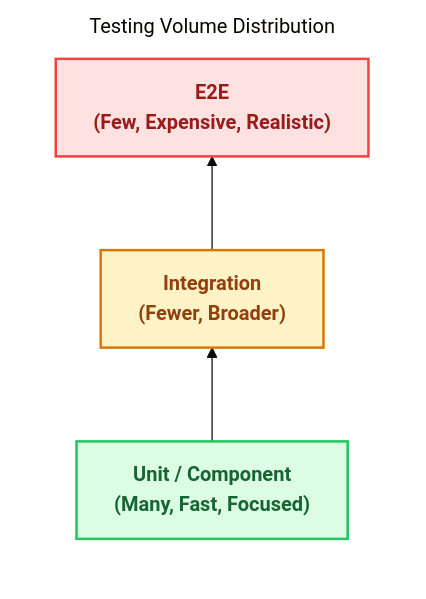
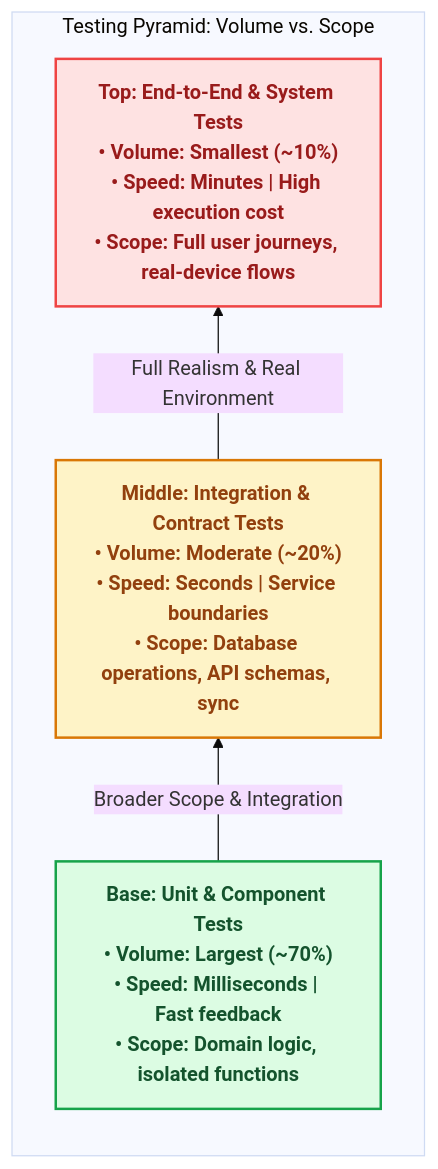
Before and after one commit to davidalbertstark-lab/Lenar: the third of 5 diagrams in docs/architecture/12-Testing-Quality.md, drawn with Mermaid (base theme). The commit also changed other lines of this file and 28 other files, not shown here.

Commit message:
docs: system-wide diagram redesign for first-instance comprehension

````diff
--- a/docs/architecture/12-Testing-Quality.md
+++ b/docs/architecture/12-Testing-Quality.md
@@ -90,22 +111,19 @@
 ```mermaid
 flowchart BT
-    classDef e2e fill:#fee2e2,stroke:#ef4444,stroke-width:2px,color:#991b1b,font-weight:bold
-    classDef integ fill:#fef3c7,stroke:#d97706,stroke-width:2px,color:#92400e,font-weight:bold
-    classDef unit fill:#dcfce3,stroke:#22c55e,stroke-width:2px,color:#166534,font-weight:bold
-    classDef note fill:none,stroke:none,font-style:italic,color:#334155
+    classDef base fill:#dcfce3,stroke:#16a34a,stroke-width:2px,color:#14532d,font-weight:bold
+    classDef mid fill:#fef3c7,stroke:#d97706,stroke-width:2px,color:#92400e,font-weight:bold
+    classDef top fill:#fee2e2,stroke:#ef4444,stroke-width:2px,color:#991b1b,font-weight:bold
 
-    subgraph Pyramid [Testing Volume Distribution]
+    subgraph Pyramid ["Testing Pyramid: Volume vs. Scope"]
         direction BT
-        UC["Unit / Component<br/>(Many, Fast, Focused)"]
-        Int["Integration<br/>(Fewer, Broader)"]
-        E["E2E<br/>(Few, Expensive, Realistic)"]
-        
-        UC --> Int
-        Int --> E
+
+        BASE["Base: Unit & Component Tests<br/>• Volume: Largest (~70%)<br/>• Speed: Milliseconds | Fast feedback<br/>• Scope: Domain logic, isolated functions"]:::base
+
+        MID["Middle: Integration & Contract Tests<br/>• Volume: Moderate (~20%)<br/>• Speed: Seconds | Service boundaries<br/>• Scope: Database operations, API schemas, sync"]:::mid
+
+        TOP["Top: End-to-End & System Tests<br/>• Volume: Smallest (~10%)<br/>• Speed: Minutes | High execution cost<br/>• Scope: Full user journeys, real-device flows"]:::top
+
+        BASE -->|"Broader Scope & Integration"| MID
+        MID -->|"Full Realism & Real Environment"| TOP
     end
-
-    class E e2e;
-    class Int integ;
-    class UC unit;
-    style Pyramid fill:none,stroke:none
 ```
````
